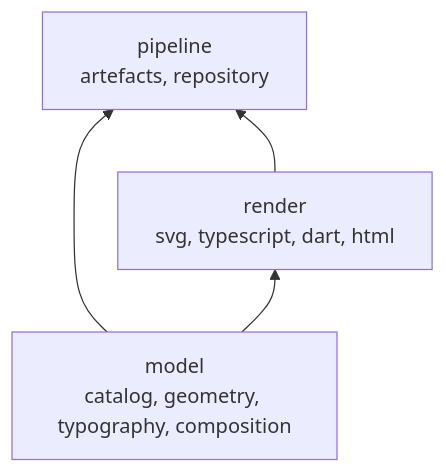
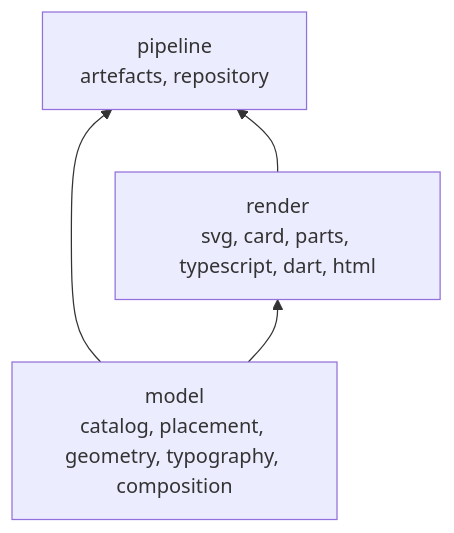
The second of 3 diagrams in packages/pseudolearn_brand/README.md (cgutieco/pseudolearn), drawn with Mermaid before and after one commit. The commit also changed other lines of this file and 14 other files, not shown here.

Commit message:
feat: add social card rendering and Open Graph image generation with related tests

````diff
--- a/packages/pseudolearn_brand/README.md
+++ b/packages/pseudolearn_brand/README.md
@@ -24,9 +26,9 @@
 ```mermaid
 flowchart BT
-    model["model<br/>catalog, geometry, typography, composition"]
-    render["render<br/>svg, typescript, dart, html"]
+    model["model<br/>catalog, placement, geometry, typography, composition"]
+    render["render<br/>svg, card, parts, typescript, dart, html"]
     pipeline["pipeline<br/>artefacts, repository"]
     model --> render
     model --> pipeline
     render --> pipeline
 ```
````
